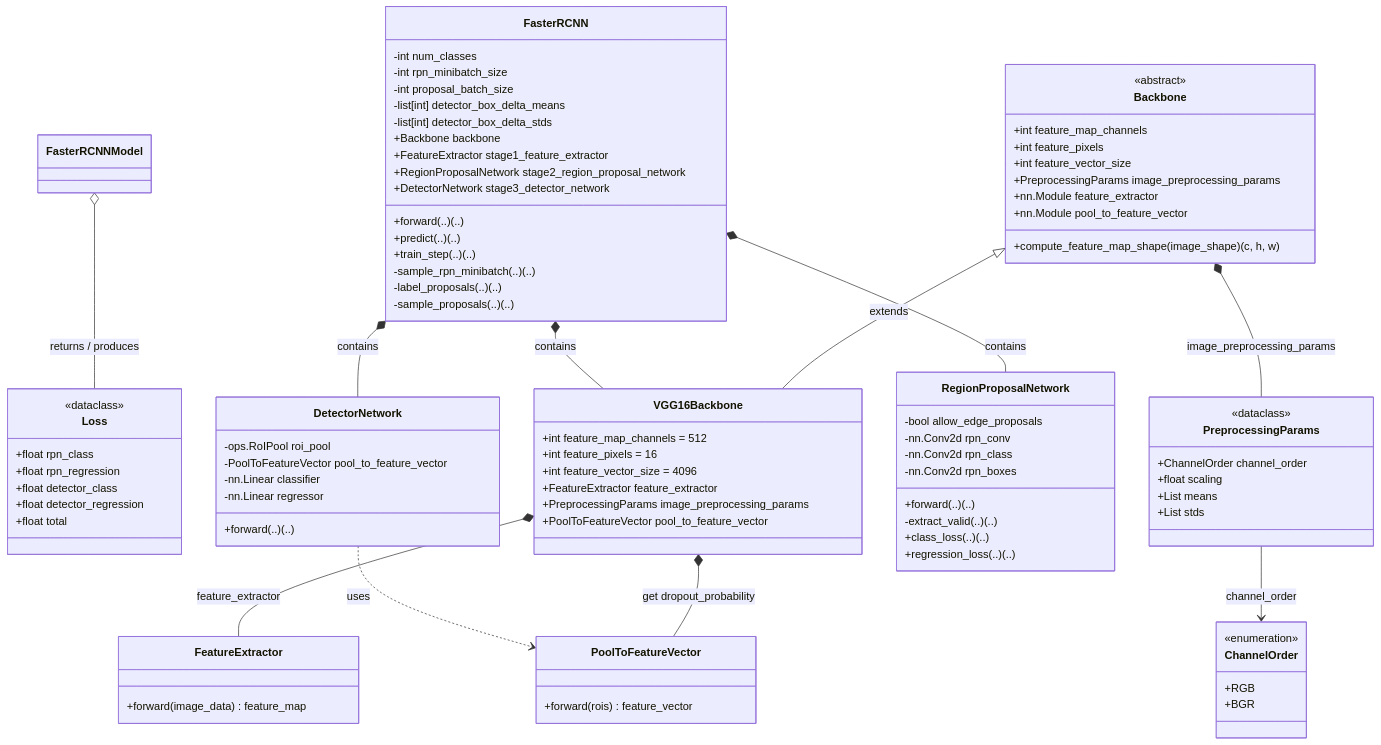
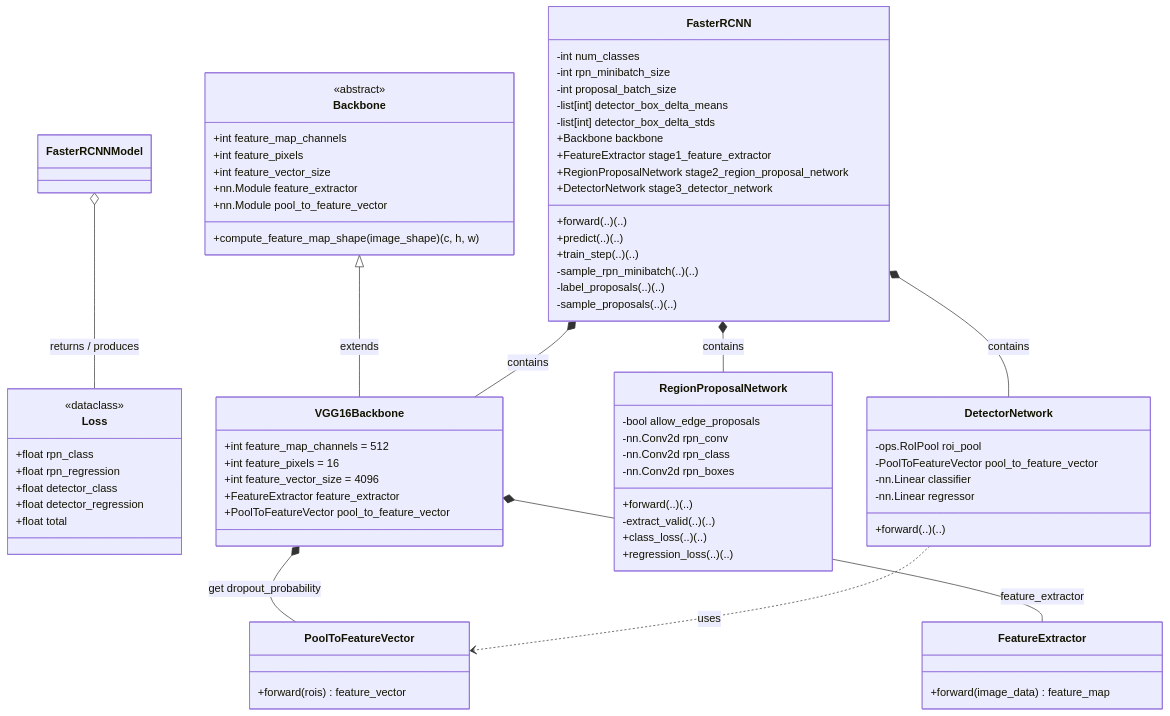
Before and after one commit to kienchickenzz/FasterRCNN: the diagram in docs/designs/class-fasterrcnn.mmd, drawn with Mermaid. The commit also changed 2 other files, not shown here.

```diff
--- a/docs/designs/class-fasterrcnn.mmd
+++ b/docs/designs/class-fasterrcnn.mmd
@@ -1,126 +1,107 @@
 classDiagram
     class FasterRCNN {
         %% Constants
         -int num_classes
         -int rpn_minibatch_size
         -int proposal_batch_size
         -list[int] detector_box_delta_means
         -list[int] detector_box_delta_stds
 
         %% Define network
         +Backbone backbone
         +FeatureExtractor stage1_feature_extractor
         +RegionProposalNetwork stage2_region_proposal_network
         +DetectorNetwork stage3_detector_network
 
         +forward(..) (..)
         +predict(..) (..)
         +train_step(..) (..)
 
         -sample_rpn_minibatch(..) (..)
         -label_proposals(..) (..)
         -sample_proposals(..) (..)
     }
 
     class Loss {
         <<dataclass>>
         +float rpn_class
         +float rpn_regression
         +float detector_class
         +float detector_regression
         +float total
     }
 
     FasterRCNNModel o-- Loss : returns / produces
     
     class Backbone {
         <<abstract>>
         %% Required properties
         +int feature_map_channels
         +int feature_pixels
         +int feature_vector_size
-        +PreprocessingParams image_preprocessing_params
         
         %% Required members
         +nn.Module feature_extractor
         +nn.Module pool_to_feature_vector
 
         +compute_feature_map_shape(image_shape) (c, h, w)
-    }
-
-    class ChannelOrder {
-        <<enumeration>>
-        +RGB
-        +BGR
-    }
-
-    class PreprocessingParams {
-        <<dataclass>>
-        +ChannelOrder channel_order
-        +float scaling
-        +List<float> means
-        +List<float> stds
     }
     
     class FeatureExtractor {
         +forward(image_data) feature_map
     }
 
     class VGG16Backbone {
         %% Backbone properties
         +int feature_map_channels = 512
         +int feature_pixels = 16
         +int feature_vector_size = 4096
         +FeatureExtractor feature_extractor
-        +PreprocessingParams image_preprocessing_params
 
         +PoolToFeatureVector pool_to_feature_vector
     }
 
     %% TODO: Add module math_utils
     
     class RegionProposalNetwork {
         %% Constants
         -bool allow_edge_proposals
 
         %% Define network
         -nn.Conv2d rpn_conv
         -nn.Conv2d rpn_class
         -nn.Conv2d rpn_boxes
 
         +forward(..) (..)
         -extract_valid(..) (..)
 
         +class_loss(..) (..)
         +regression_loss(..) (..)
     }
 
     class DetectorNetwork {
         %% Define network
         -ops.RoIPool roi_pool
         -PoolToFeatureVector pool_to_feature_vector
         -nn.Linear classifier
         -nn.Linear regressor
 
         +forward(..) (..)
     }
 
     class PoolToFeatureVector {
         +forward(rois) feature_vector
     }
     
     %% Inheritance
     Backbone <|-- VGG16Backbone : extends
     
     %% Composition
     FasterRCNN *-- VGG16Backbone : contains
     FasterRCNN *-- RegionProposalNetwork : contains
     FasterRCNN *-- DetectorNetwork : contains
     VGG16Backbone *-- PoolToFeatureVector : get dropout_probability
     VGG16Backbone *-- FeatureExtractor : feature_extractor
 
     %% Dependency
     DetectorNetwork ..> PoolToFeatureVector : uses
-    
-    Backbone *-- PreprocessingParams : image_preprocessing_params
-    PreprocessingParams --> ChannelOrder : channel_order
```
